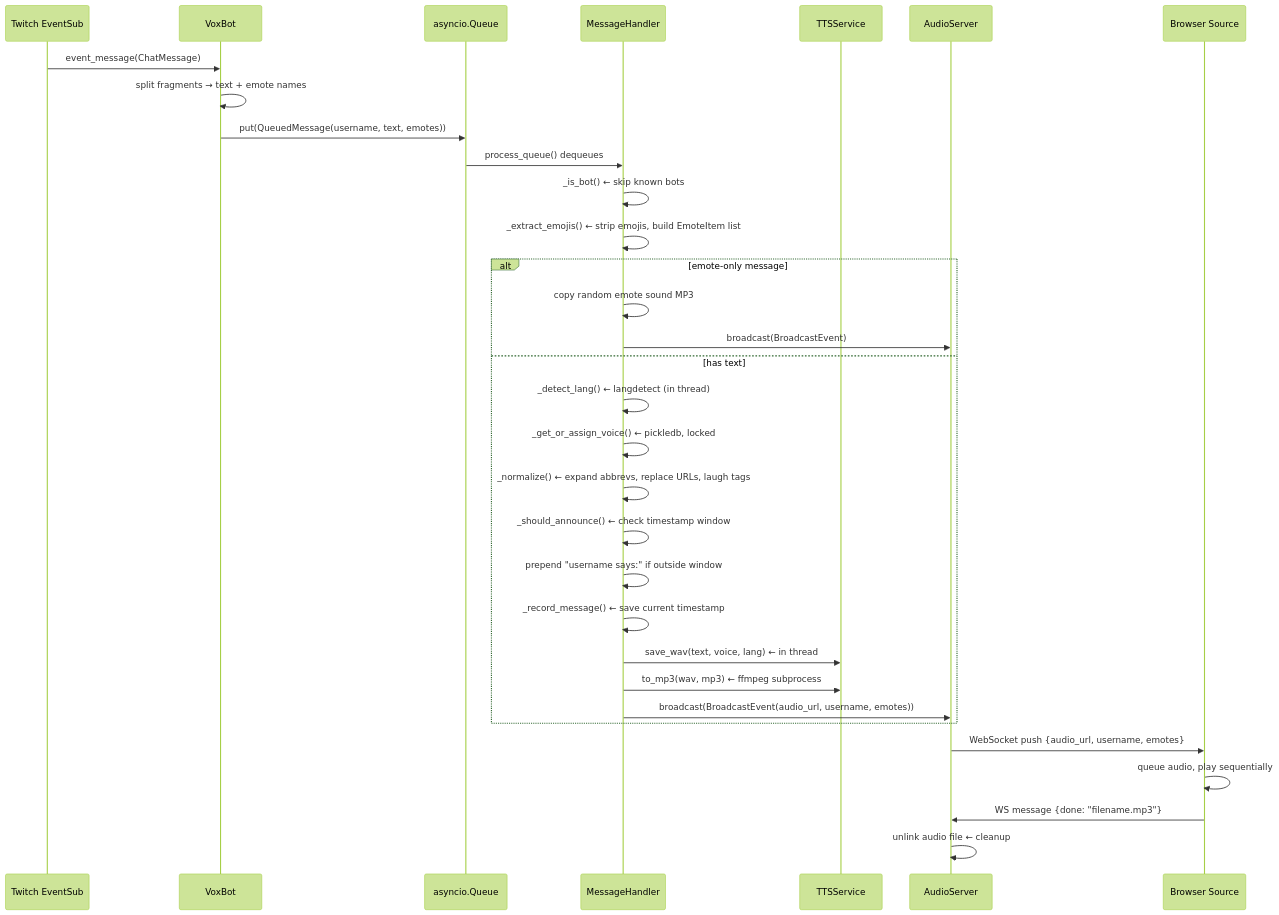
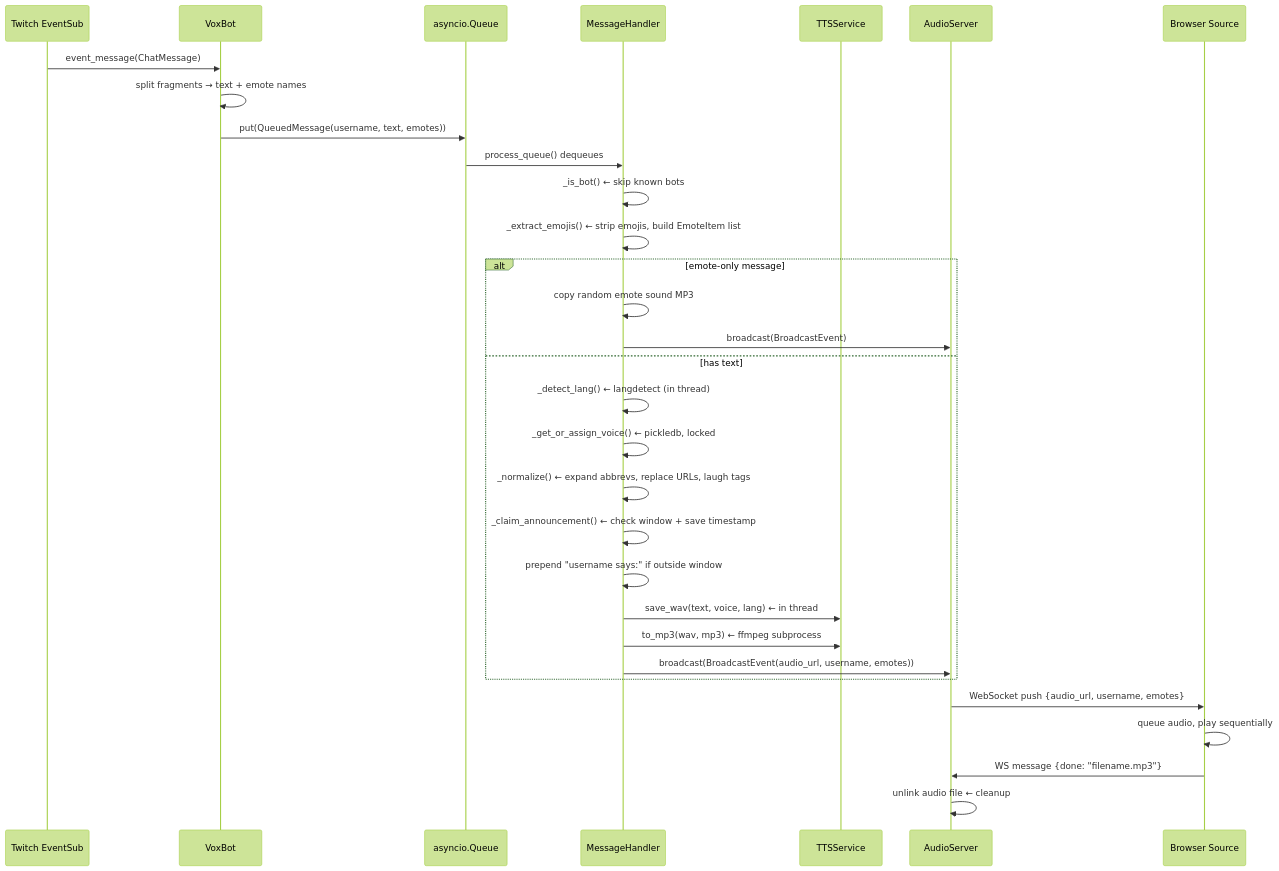
The third of 8 diagrams in ARCHITECTURE.md (w0rxbend/twitch-voxer), drawn with Mermaid (forest theme) before and after one commit. The commit also changed other lines of this file and 1 other file, not shown here.

First line of the commit message:
docs: sync README and architecture notes with refactored code

````diff
--- a/ARCHITECTURE.md
+++ b/ARCHITECTURE.md
@@ -101,35 +101,34 @@
 ```mermaid
 sequenceDiagram
     participant TW as Twitch EventSub
     participant BOT as VoxBot
     participant MQ as asyncio.Queue
     participant MH as MessageHandler
     participant TTS as TTSService
     participant SRV as AudioServer
     participant OBS as Browser Source
 
     TW->>BOT: event_message(ChatMessage)
     BOT->>BOT: split fragments → text + emote names
     BOT->>MQ: put(QueuedMessage(username, text, emotes))
     MQ->>MH: process_queue() dequeues
     MH->>MH: _is_bot()  ← skip known bots
     MH->>MH: _extract_emojis()  ← strip emojis, build EmoteItem list
     alt emote-only message
         MH->>MH: copy random emote sound MP3
         MH->>SRV: broadcast(BroadcastEvent)
     else has text
         MH->>MH: _detect_lang()  ← langdetect (in thread)
         MH->>MH: _get_or_assign_voice()  ← pickledb, locked
         MH->>MH: _normalize()  ← expand abbrevs, replace URLs, laugh tags
-        MH->>MH: _should_announce()  ← check timestamp window
+        MH->>MH: _claim_announcement()  ← check window + save timestamp
         MH->>MH: prepend "username says:" if outside window
-        MH->>MH: _record_message()  ← save current timestamp
         MH->>TTS: save_wav(text, voice, lang)  ← in thread
         MH->>TTS: to_mp3(wav, mp3)  ← ffmpeg subprocess
         MH->>SRV: broadcast(BroadcastEvent(audio_url, username, emotes))
     end
     SRV->>OBS: WebSocket push {audio_url, username, emotes}
     OBS->>OBS: queue audio, play sequentially
     OBS->>SRV: WS message {done: "filename.mp3"}
     SRV->>SRV: unlink audio file  ← cleanup
 ```
````
